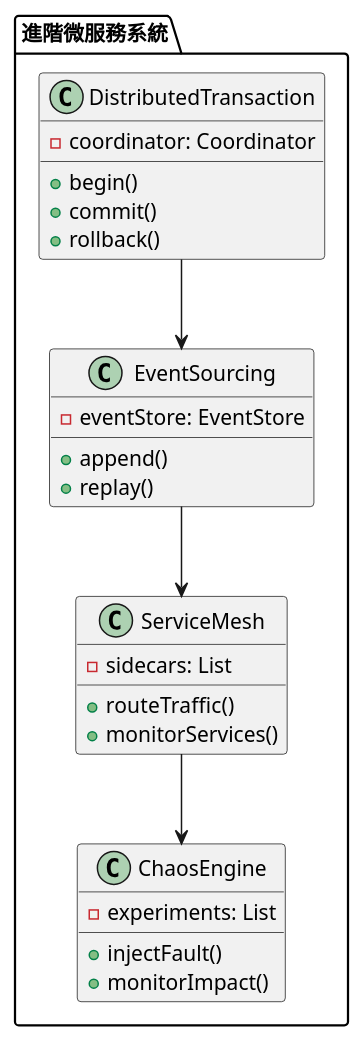
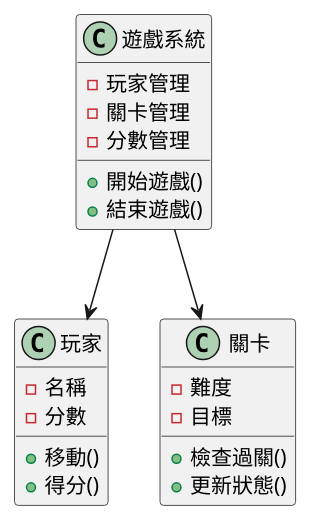
One commit to fine5351/info-sync changed the third of 3 diagrams in doc/learning/architecture/microservices_tutorial.md. Above: the diagram before and after it, drawn with PlantUML. The commit also changed other lines of this file and 35 other files, not shown here.

````diff
--- a/doc/learning/architecture/microservices_tutorial.md
+++ b/doc/learning/architecture/microservices_tutorial.md
@@ -179,34 +170,28 @@
 ```plantuml
 @startuml
-package "進階微服務系統" {
-    class DistributedTransaction {
-        - coordinator: Coordinator
-        + begin()
-        + commit()
-        + rollback()
-    }
-    
-    class EventSourcing {
-        - eventStore: EventStore
-        + append()
-        + replay()
-    }
-    
-    class ServiceMesh {
-        - sidecars: List
-        + routeTraffic()
-        + monitorServices()
-    }
-    
-    class ChaosEngine {
-        - experiments: List
-        + injectFault()
-        + monitorImpact()
-    }
+class 遊戲系統 {
+    - 玩家管理
+    - 關卡管理
+    - 分數管理
+    + 開始遊戲()
+    + 結束遊戲()
 }
 
-DistributedTransaction --> EventSourcing
-EventSourcing --> ServiceMesh
-ServiceMesh --> ChaosEngine
+class 玩家 {
+    - 名稱
+    - 分數
+    + 移動()
+    + 得分()
+}
+
+class 關卡 {
+    - 難度
+    - 目標
+    + 檢查過關()
+    + 更新狀態()
+}
+
+遊戲系統 --> 玩家
+遊戲系統 --> 關卡
 @enduml
 ```
````
